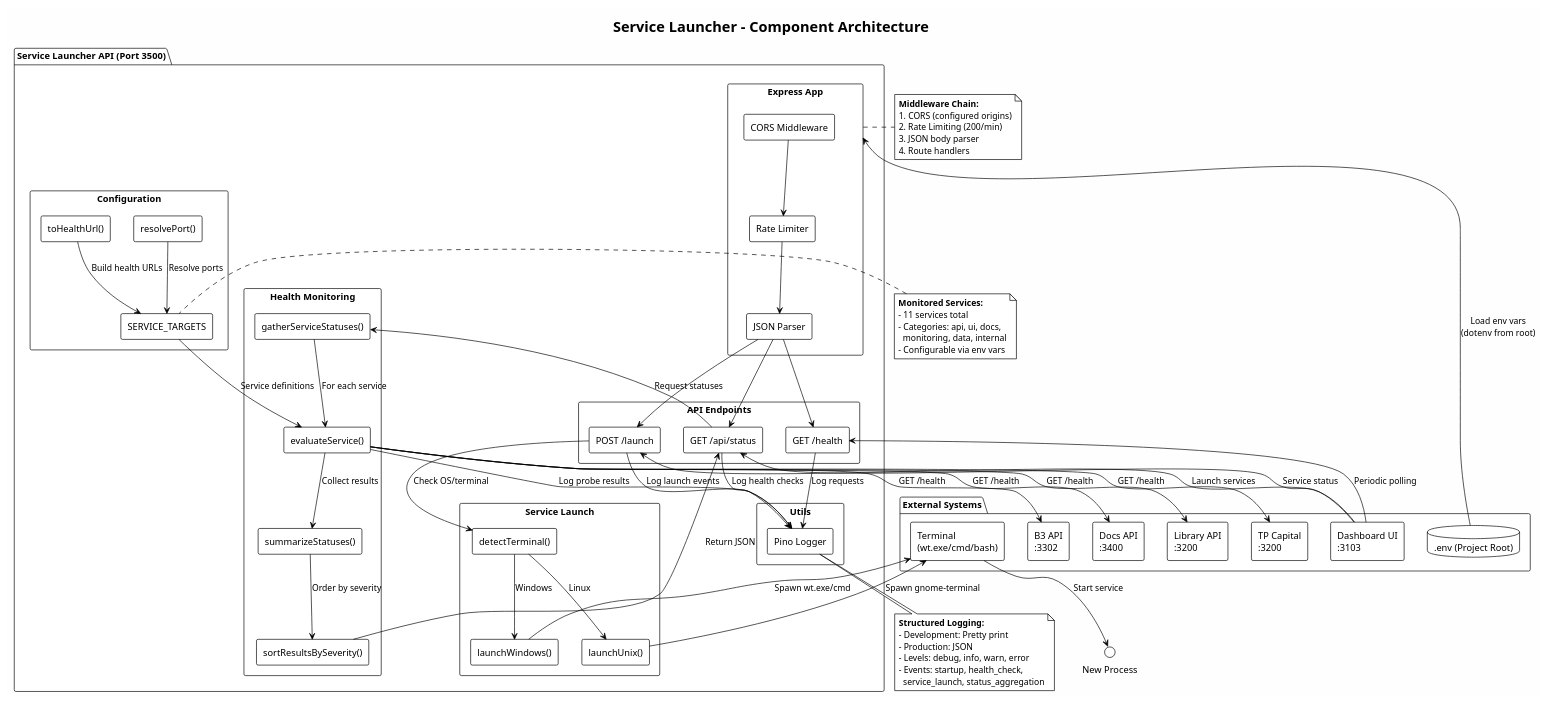
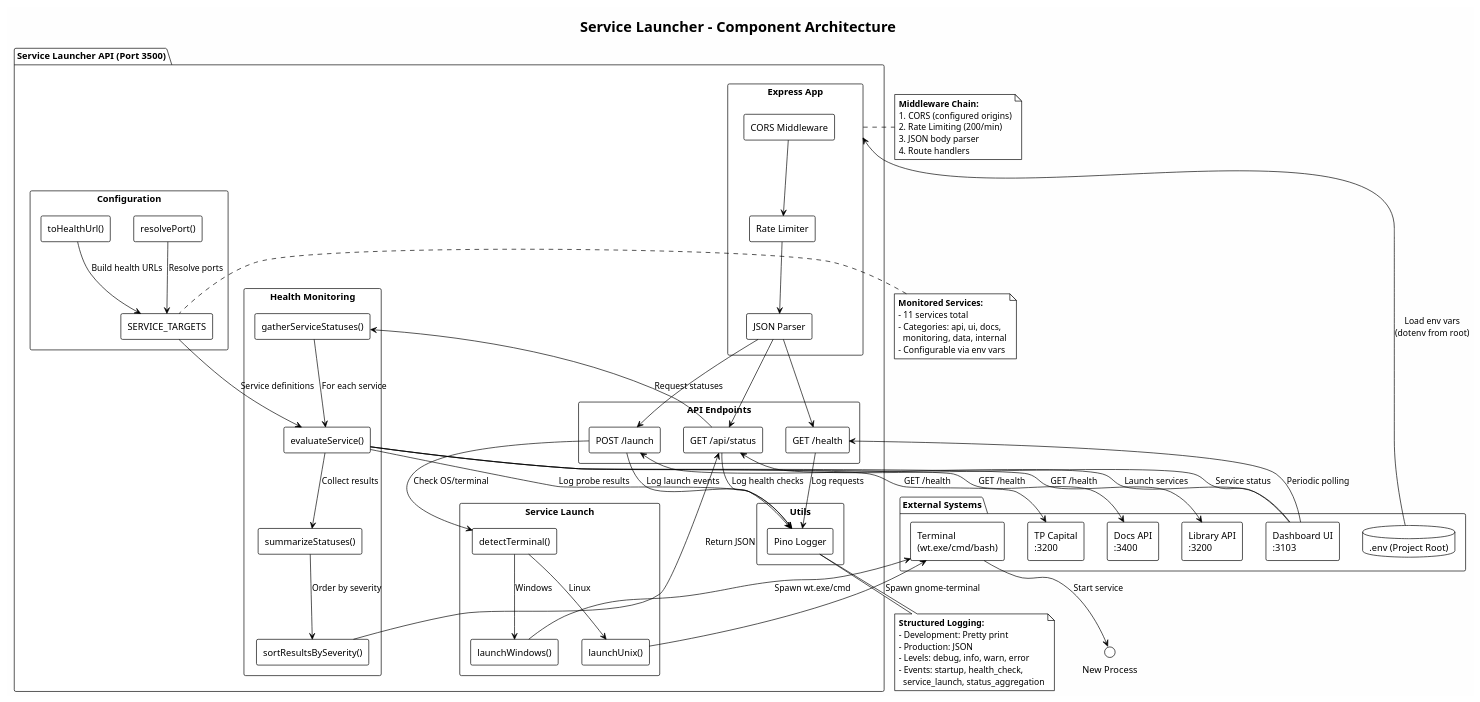
Before and after one commit to marceloterra1983/TradingSystem: the diagram in apps/status/docs/diagrams/component-architecture.puml, drawn with PlantUML. The commit also changed 870 other files, not shown here.

```diff
--- a/apps/status/docs/diagrams/component-architecture.puml
+++ b/apps/status/docs/diagrams/component-architecture.puml
@@ -1,123 +1,121 @@
 @startuml Service Launcher - Component Architecture
 !theme plain
 skinparam backgroundColor #FEFEFE
 skinparam componentStyle rectangle
 
 title Service Launcher - Component Architecture
 
 package "Service Launcher API (Port 3500)" {
   component "Express App" as express {
     [CORS Middleware] as cors
     [Rate Limiter] as rate
     [JSON Parser] as json
   }
   
   component "API Endpoints" {
     [GET /health] as health
     [GET /api/status] as status
     [POST /launch] as launch
   }
   
   component "Health Monitoring" {
     [evaluateService()] as eval
     [gatherServiceStatuses()] as gather
     [summarizeStatuses()] as summarize
     [sortResultsBySeverity()] as sort
   }
   
   component "Service Launch" {
     [detectTerminal()] as detect
     [launchWindows()] as winlaunch
     [launchUnix()] as unixlaunch
   }
   
   component "Configuration" {
     [resolvePort()] as port
     [toHealthUrl()] as url
     [SERVICE_TARGETS] as targets
   }
   
   component "Utils" {
     [Pino Logger] as logger
   }
 }
 
 package "External Systems" {
   database ".env (Project Root)" as env
   component "Dashboard UI\n:3103" as dashboard
   component "Library API\n:3200" as library
   component "TP Capital\n:3200" as tp
-  component "B3 API\n:3302" as b3
   component "Docs API\n:3400" as docs
   component "Terminal\n(wt.exe/cmd/bash)" as terminal
 }
 
 ' Configuration flow
 env --> express: Load env vars\n(dotenv from root)
 targets --> eval: Service definitions
 port --> targets: Resolve ports
 url --> targets: Build health URLs
 
 ' Middleware chain
 cors --> rate
 rate --> json
 json --> health
 json --> status
 json --> launch
 
 ' Health check flow
 status --> gather: Request statuses
 gather --> eval: For each service
 eval --> library: GET /health
 eval --> tp: GET /health
-eval --> b3: GET /health
 eval --> docs: GET /health
 eval --> summarize: Collect results
 summarize --> sort: Order by severity
 sort --> status: Return JSON
 
 ' Launch flow
 launch --> detect: Check OS/terminal
 detect --> winlaunch: Windows
 detect --> unixlaunch: Linux
 winlaunch --> terminal: Spawn wt.exe/cmd
 unixlaunch --> terminal: Spawn gnome-terminal
 terminal --> "New Process": Start service
 
 ' Logging
 health --> logger: Log requests
 status --> logger: Log health checks
 launch --> logger: Log launch events
 eval --> logger: Log probe results
 
 ' Dashboard integration
 dashboard --> health: Periodic polling
 dashboard --> status: Service status
 dashboard --> launch: Launch services
 
 note right of express
 **Middleware Chain:**
 1. CORS (configured origins)
 2. Rate Limiting (200/min)
 3. JSON body parser
 4. Route handlers
 end note
 
 note bottom of logger
 **Structured Logging:**
 - Development: Pretty print
 - Production: JSON
 - Levels: debug, info, warn, error
 - Events: startup, health_check,
   service_launch, status_aggregation
 end note
 
 note left of targets
 **Monitored Services:**
 - 11 services total
 - Categories: api, ui, docs,
   monitoring, data, internal
 - Configurable via env vars
 end note
 
 @enduml
```
